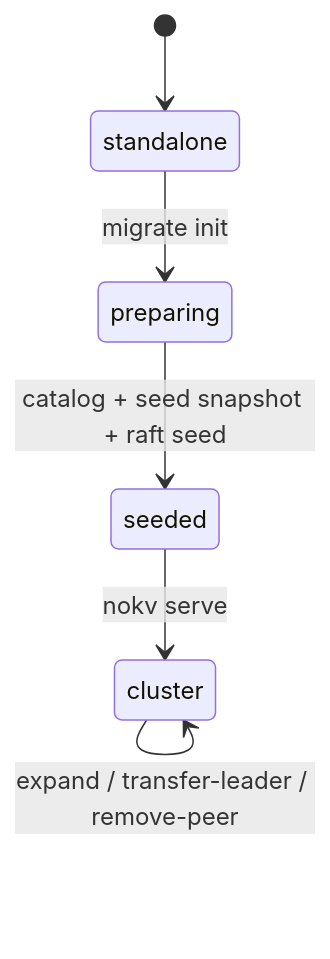
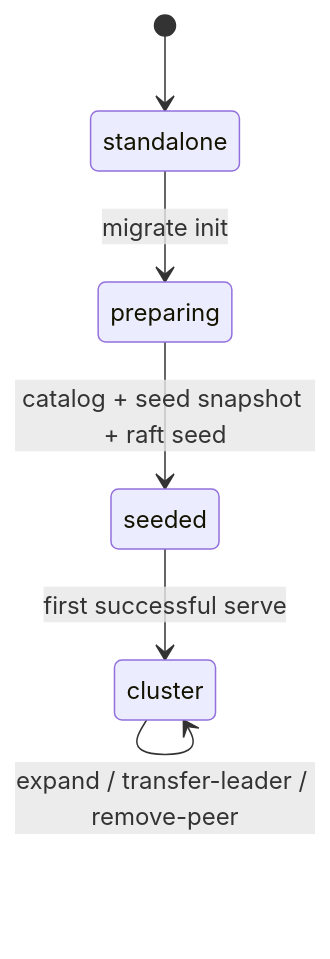
One commit to feichai0017/NoKV changed the second of 2 diagrams in docs/migration.md. Above: the diagram before and after it, drawn with Mermaid. The commit also changed other lines of this file and 4 other files, not shown here.

````diff
--- a/docs/migration.md
+++ b/docs/migration.md
@@ -128,8 +114,8 @@
 ```mermaid
 stateDiagram-v2
     [*] --> standalone
     standalone --> preparing: migrate init
     preparing --> seeded: catalog + seed snapshot + raft seed
-    seeded --> cluster: nokv serve
+    seeded --> cluster: first successful serve
     cluster --> cluster: expand / transfer-leader / remove-peer
 ```
````
